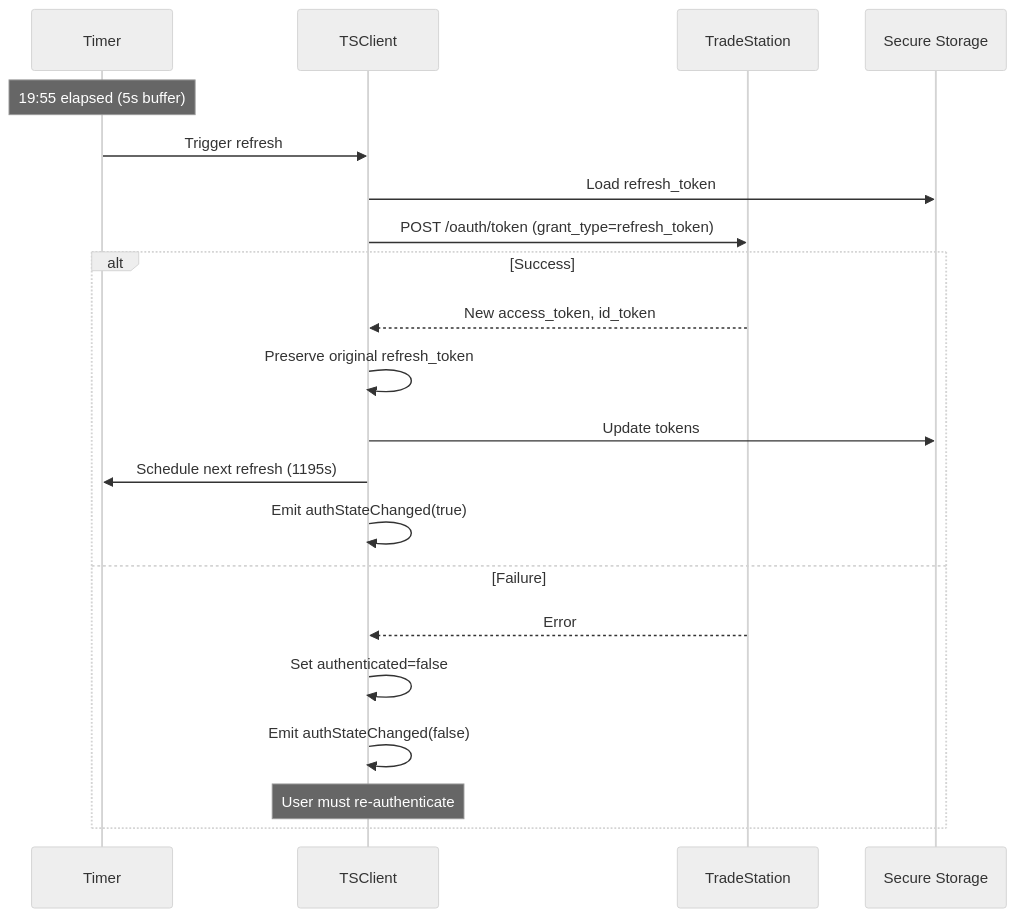
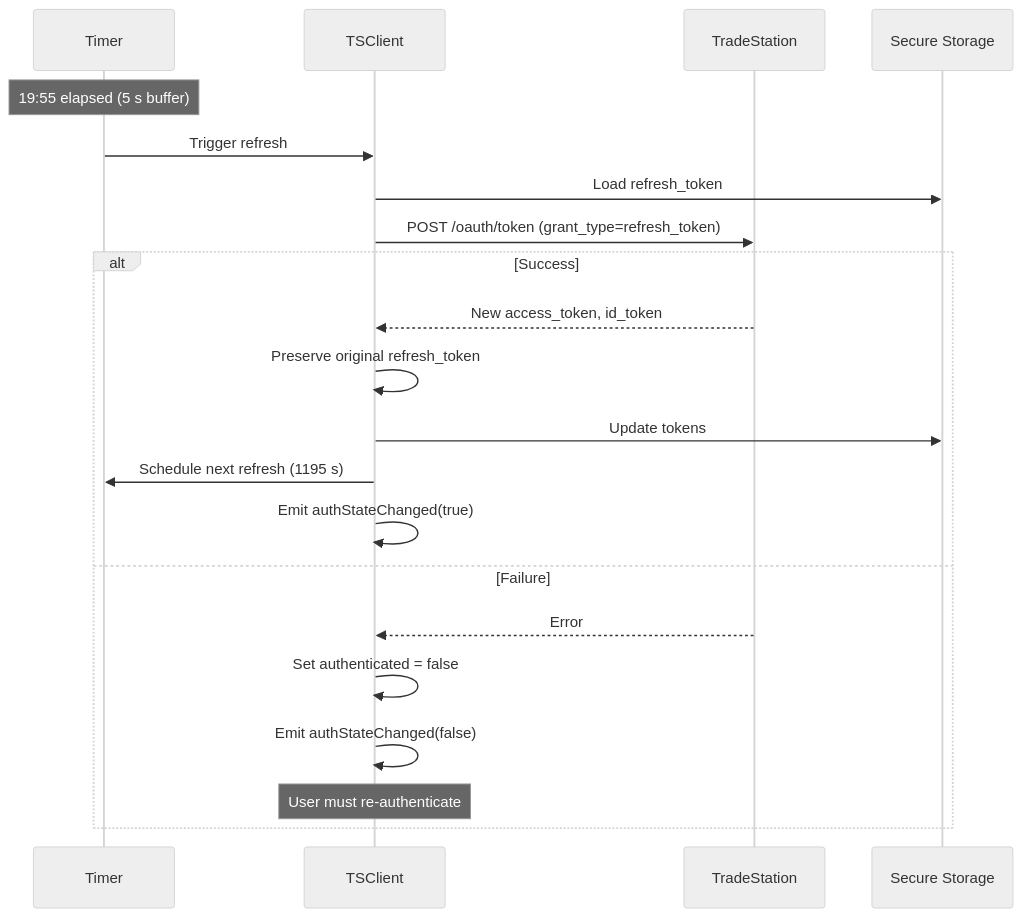
The second of 2 diagrams in Doc/AUTHENTICATION.md (simonbeaudoin0935/OpenTraderPlatform), drawn with Mermaid (neutral theme) before and after one commit. The commit also changed other lines of this file and 8 other files, not shown here.

````diff
--- a/Doc/AUTHENTICATION.md
+++ b/Doc/AUTHENTICATION.md
@@ -88,26 +92,26 @@
 ```mermaid
 sequenceDiagram
     participant Timer
     participant TSClient
     participant TS as TradeStation
     participant Storage as Secure Storage
 
-    Note over Timer: 19:55 elapsed (5s buffer)
-    
+    Note over Timer: 19:55 elapsed (5 s buffer)
+
     Timer->>TSClient: Trigger refresh
     TSClient->>Storage: Load refresh_token
     TSClient->>TS: POST /oauth/token (grant_type=refresh_token)
-    
+
     alt Success
         TS-->>TSClient: New access_token, id_token
         TSClient->>TSClient: Preserve original refresh_token
         TSClient->>Storage: Update tokens
-        TSClient->>Timer: Schedule next refresh (1195s)
+        TSClient->>Timer: Schedule next refresh (1195 s)
         TSClient->>TSClient: Emit authStateChanged(true)
     else Failure
         TS-->>TSClient: Error
-        TSClient->>TSClient: Set authenticated=false
+        TSClient->>TSClient: Set authenticated = false
         TSClient->>TSClient: Emit authStateChanged(false)
         Note over TSClient: User must re-authenticate
     end
 ```
````
